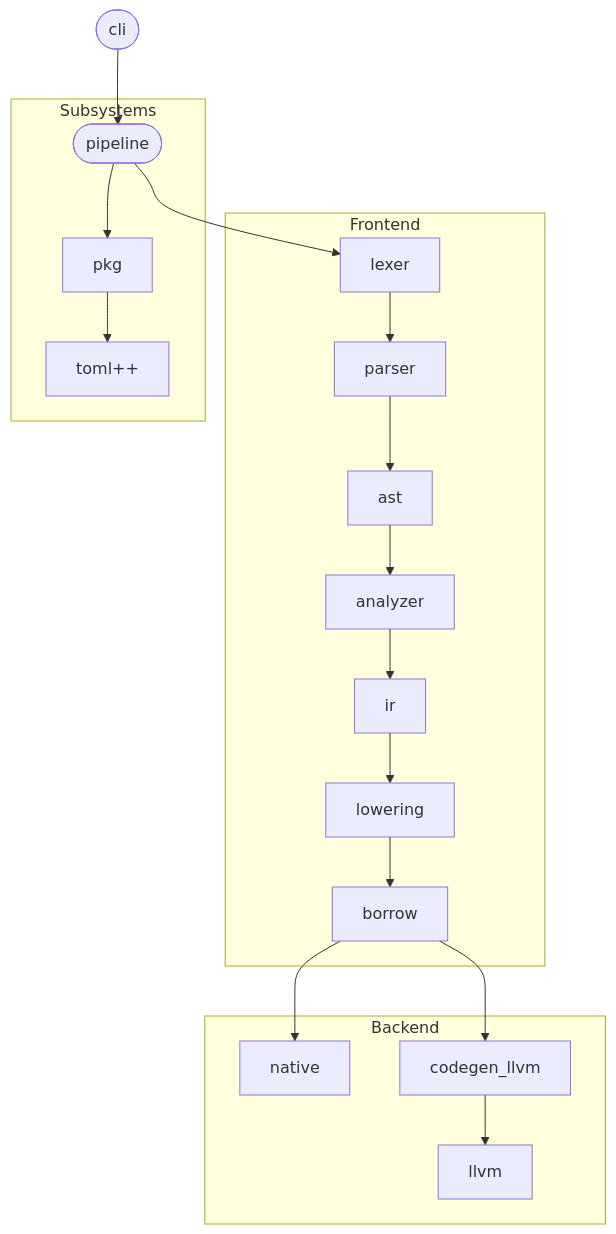
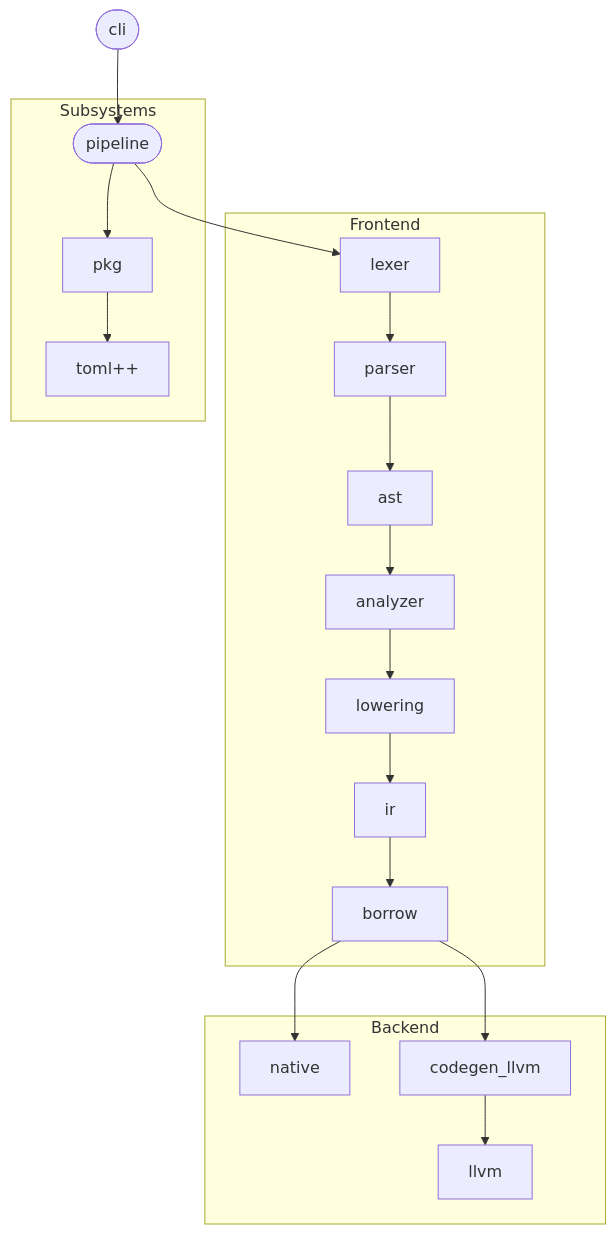
The diagram in compiler/docs/architecture.md (alcy-project/alcy), drawn with Mermaid before and after one commit. The commit also changed other lines of this file and 20 other files, not shown here.

````diff
--- a/compiler/docs/architecture.md
+++ b/compiler/docs/architecture.md
@@ -177,25 +177,25 @@
 ```mermaid
 flowchart TD
     cli([cli]) --> pipeline([pipeline])
 
     subgraph Frontend
         lexer --> parser
         parser --> ast
         ast --> analyzer
-        analyzer --> ir
-        ir --> lowering
-        lowering --> borrow
+        analyzer --> lowering
+        lowering --> ir
+        ir --> borrow
     end
 
     subgraph Backend
         borrow --> codegen[native]
         borrow --> codegen_llvm
         codegen_llvm --> llvm
     end
 
     subgraph Subsystems
         pipeline --> pkg
         pipeline --> lexer
         pkg --> toml++
     end
 ```
````
